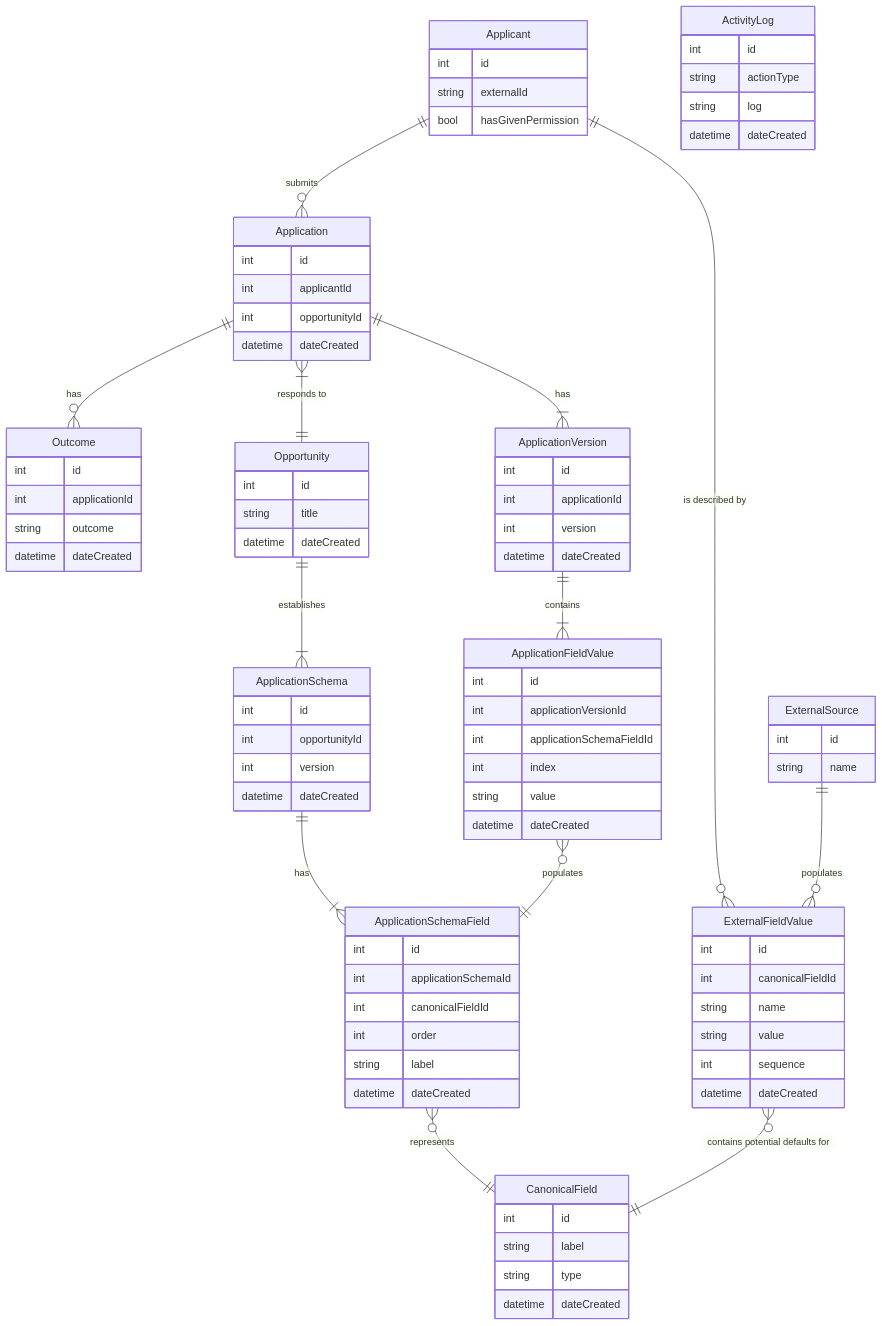
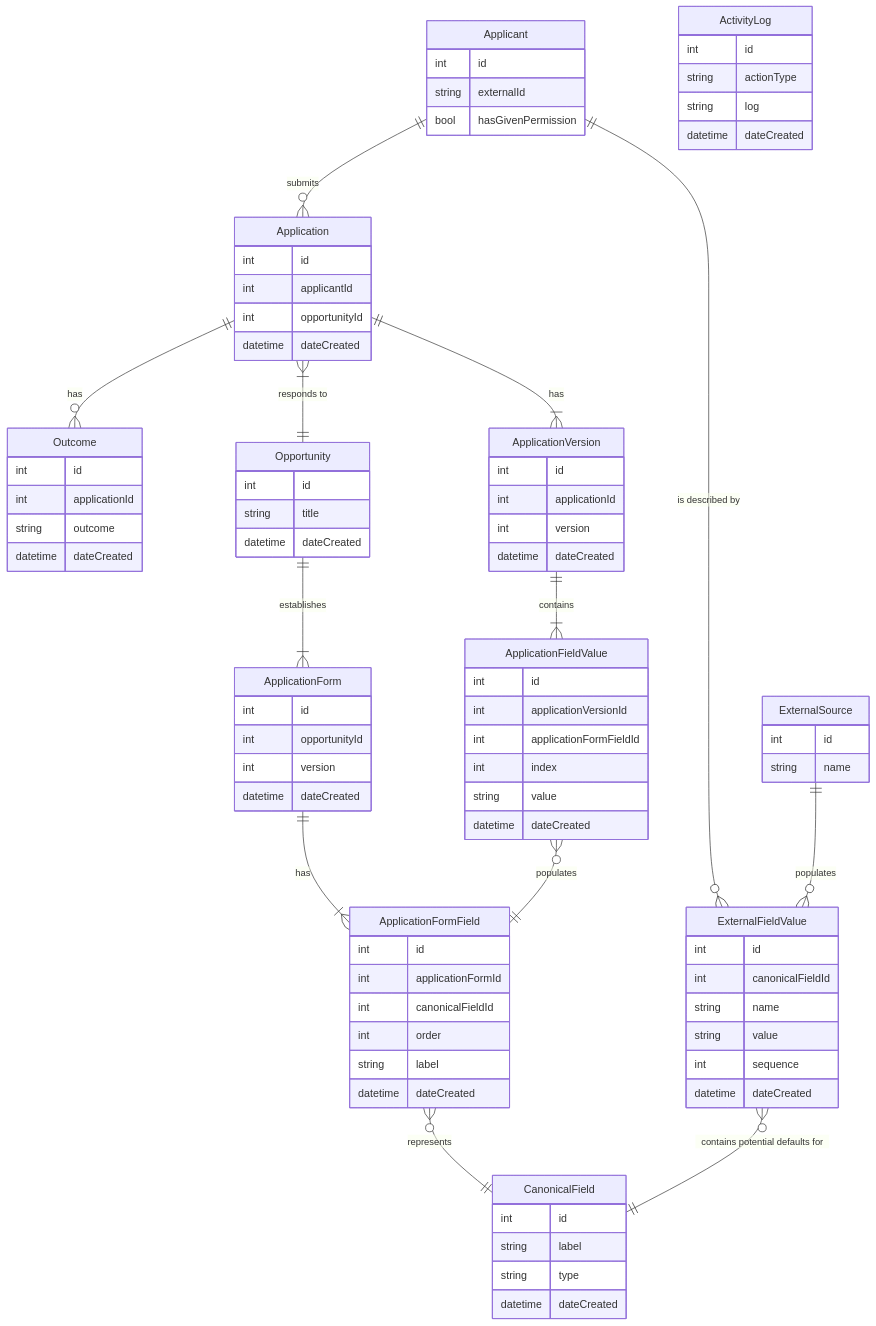
The first of 4 diagrams in docs/ENTITY_RELATIONSHIP_DIAGRAM.md (PhilanthropyDataCommons/service), drawn with Mermaid before and after one commit. The commit also changed other lines of this file, not shown here.

First line of the commit message:
Rename application schema in documentation

```diff
--- a/docs/ENTITY_RELATIONSHIP_DIAGRAM.md
+++ b/docs/ENTITY_RELATIONSHIP_DIAGRAM.md
@@ -11,7 +11,7 @@
   }
   Applicant {
     int id
-    string externalId 
+    string externalId
     bool hasGivenPermission
   }
   ExternalSource {
@@ -35,15 +35,15 @@
     string title
     datetime dateCreated
   }
-  ApplicationSchema {
+  ApplicationForm {
     int id
     int opportunityId
     int version
     datetime dateCreated
   }
-  ApplicationSchemaField {
+  ApplicationFormField {
     int id
-    int applicationSchemaId
+    int applicationFormId
     int canonicalFieldId
     int order
     string label
@@ -66,7 +66,7 @@
   ApplicationFieldValue {
     int id
     int applicationVersionId
-    int applicationSchemaFieldId
+    int applicationFormFieldId
     int index
     string value
     datetime dateCreated
@@ -77,16 +77,16 @@
     string log
     datetime dateCreated
   }
-  
+
   Applicant ||--o{ Application : submits
   Application }|--|| Opportunity : "responds to"
-  Opportunity ||--|{ ApplicationSchema : establishes
+  Opportunity ||--|{ ApplicationForm : establishes
   Application ||--o{ Outcome : "has"
-  ApplicationSchema ||--|{ ApplicationSchemaField : has
-  ApplicationSchemaField }o--|| CanonicalField : represents
+  ApplicationForm ||--|{ ApplicationFormField : has
+  ApplicationFormField }o--|| CanonicalField : represents
   Application ||--|{ ApplicationVersion : has
   ApplicationVersion ||--|{ ApplicationFieldValue : contains
-  ApplicationFieldValue }o--|| ApplicationSchemaField : populates
+  ApplicationFieldValue }o--|| ApplicationFormField : populates
   Applicant ||--o{ ExternalFieldValue : "is described by"
   ExternalFieldValue }o--|| CanonicalField : "contains potential defaults for"
   ExternalSource ||--o{ ExternalFieldValue : "populates"
```
